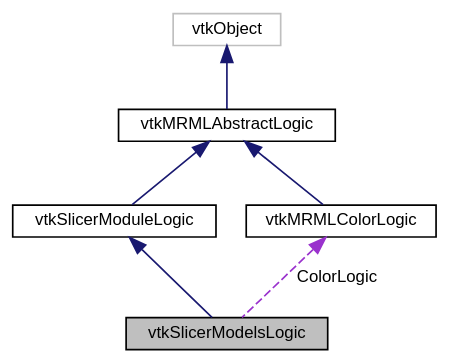
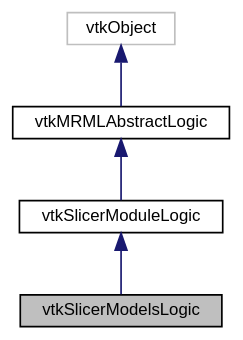
One commit to jamesobutler/apidocs.slicer.org changed the diagram in master/classvtkSlicerModelsLogic__coll__graph.dot. Above: the diagram before and after it, drawn with Graphviz. The commit also changed 4374 other files, not shown here.

```diff
--- a/master/classvtkSlicerModelsLogic__coll__graph.dot
+++ b/master/classvtkSlicerModelsLogic__coll__graph.dot
@@ -1,16 +1,13 @@
 digraph "vtkSlicerModelsLogic"
 {
   bgcolor="transparent";
   edge [fontname="Helvetica",fontsize="10",labelfontname="Helvetica",labelfontsize="10"];
   node [fontname="Helvetica",fontsize="10",shape=record];
   Node4 [label="vtkSlicerModelsLogic",height=0.2,width=0.4,color="black", fillcolor="grey75", style="filled", fontcolor="black"];
   Node5 -> Node4 [dir="back",color="midnightblue",fontsize="10",style="solid",fontname="Helvetica"];
   Node5 [label="vtkSlicerModuleLogic",height=0.2,width=0.4,color="black",URL="$classvtkSlicerModuleLogic.html"];
   Node6 -> Node5 [dir="back",color="midnightblue",fontsize="10",style="solid",fontname="Helvetica"];
   Node6 [label="vtkMRMLAbstractLogic",height=0.2,width=0.4,color="black",URL="$classvtkMRMLAbstractLogic.html",tooltip="Superclass for MRML logic classes. "];
   Node7 -> Node6 [dir="back",color="midnightblue",fontsize="10",style="solid",fontname="Helvetica"];
   Node7 [label="vtkObject",height=0.2,width=0.4,color="grey75"];
-  Node8 -> Node4 [dir="back",color="darkorchid3",fontsize="10",style="dashed",label=" ColorLogic" ,fontname="Helvetica"];
-  Node8 [label="vtkMRMLColorLogic",height=0.2,width=0.4,color="black",URL="$classvtkMRMLColorLogic.html",tooltip="MRML logic class for color manipulation. "];
-  Node6 -> Node8 [dir="back",color="midnightblue",fontsize="10",style="solid",fontname="Helvetica"];
 }
```
